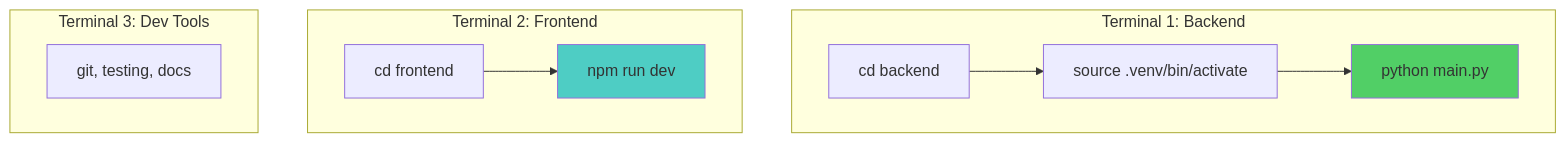
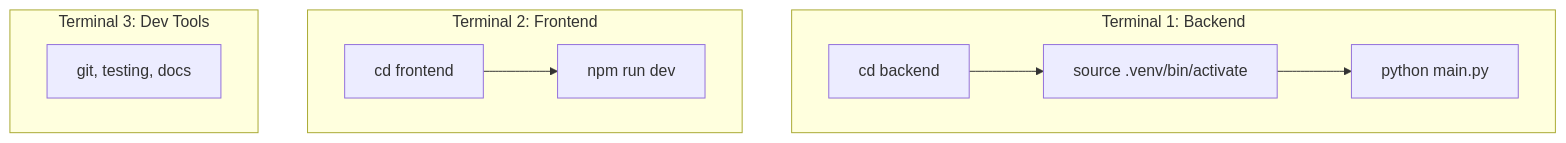
One commit to Divesh-Kshirsagar/BIMCS changed the first of 3 diagrams in docs/development.md. Above: the diagram before and after it, drawn with Mermaid. The commit also changed other lines of this file and 7 other files, not shown here.

Commit message:
refactor: remove unnecessary style definitions from documentation diagrams

````diff
--- a/docs/development.md
+++ b/docs/development.md
@@ -158,22 +158,20 @@
 ```mermaid
 graph TB
     subgraph "Terminal 1: Backend"
         A[cd backend]
         B[source .venv/bin/activate]
         C[python main.py]
         A --> B --> C
     end
     
     subgraph "Terminal 2: Frontend"
         D[cd frontend]
         E[npm run dev]
         D --> E
     end
     
     subgraph "Terminal 3: Dev Tools"
         F[git, testing, docs]
     end
     
-    style C fill:#51cf66
-    style E fill:#4ecdc4
 ```
````
